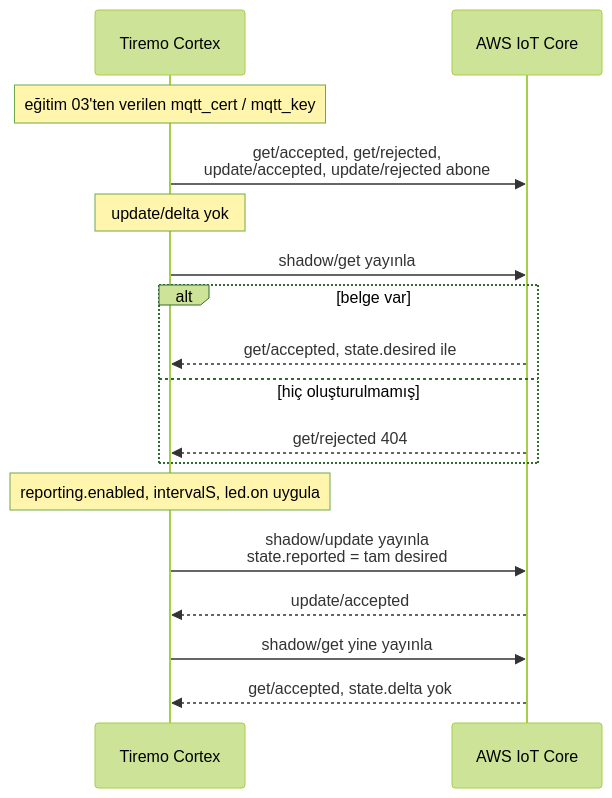
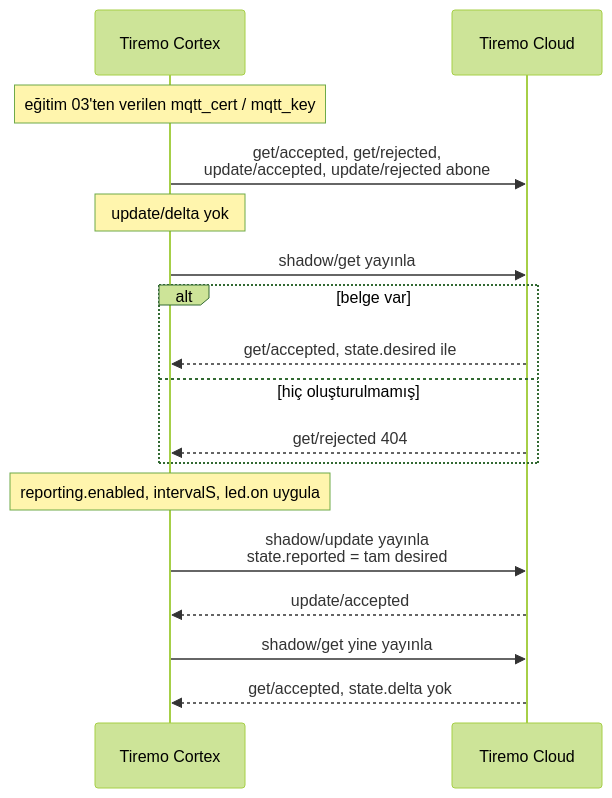
The first of 2 diagrams in docs-tr/Tiremo_Cloud/Feature_Tutorials/04-Shadow_Get_Apply_Report/README.md (Empa-Electronics/Tiremo-Cortex-Tutorials), drawn with Mermaid (forest theme) before and after one commit. The commit also changed other lines of this file and 113 other files, not shown here.

````diff
--- a/docs-tr/Tiremo_Cloud/Feature_Tutorials/04-Shadow_Get_Apply_Report/README.md
+++ b/docs-tr/Tiremo_Cloud/Feature_Tutorials/04-Shadow_Get_Apply_Report/README.md
@@ -47,20 +47,20 @@
 ```mermaid
 sequenceDiagram
     participant Board as Tiremo Cortex
-    participant AWS as AWS IoT Core
+    participant Cloud as Tiremo Cloud
 
     Note over Board: eğitim 03'ten verilen mqtt_cert / mqtt_key
-    Board->>AWS: get/accepted, get/rejected,<br/>update/accepted, update/rejected abone
+    Board->>Cloud: get/accepted, get/rejected,<br/>update/accepted, update/rejected abone
     Note over Board: update/delta yok
-    Board->>AWS: shadow/get yayınla
+    Board->>Cloud: shadow/get yayınla
     alt belge var
-        AWS-->>Board: get/accepted, state.desired ile
+        Cloud-->>Board: get/accepted, state.desired ile
     else hiç oluşturulmamış
-        AWS-->>Board: get/rejected 404
+        Cloud-->>Board: get/rejected 404
     end
     Note over Board: reporting.enabled, intervalS, led.on uygula
-    Board->>AWS: shadow/update yayınla<br/>state.reported = tam desired
-    AWS-->>Board: update/accepted
-    Board->>AWS: shadow/get yine yayınla
-    AWS-->>Board: get/accepted, state.delta yok
+    Board->>Cloud: shadow/update yayınla<br/>state.reported = tam desired
+    Cloud-->>Board: update/accepted
+    Board->>Cloud: shadow/get yine yayınla
+    Cloud-->>Board: get/accepted, state.delta yok
 ```
````
